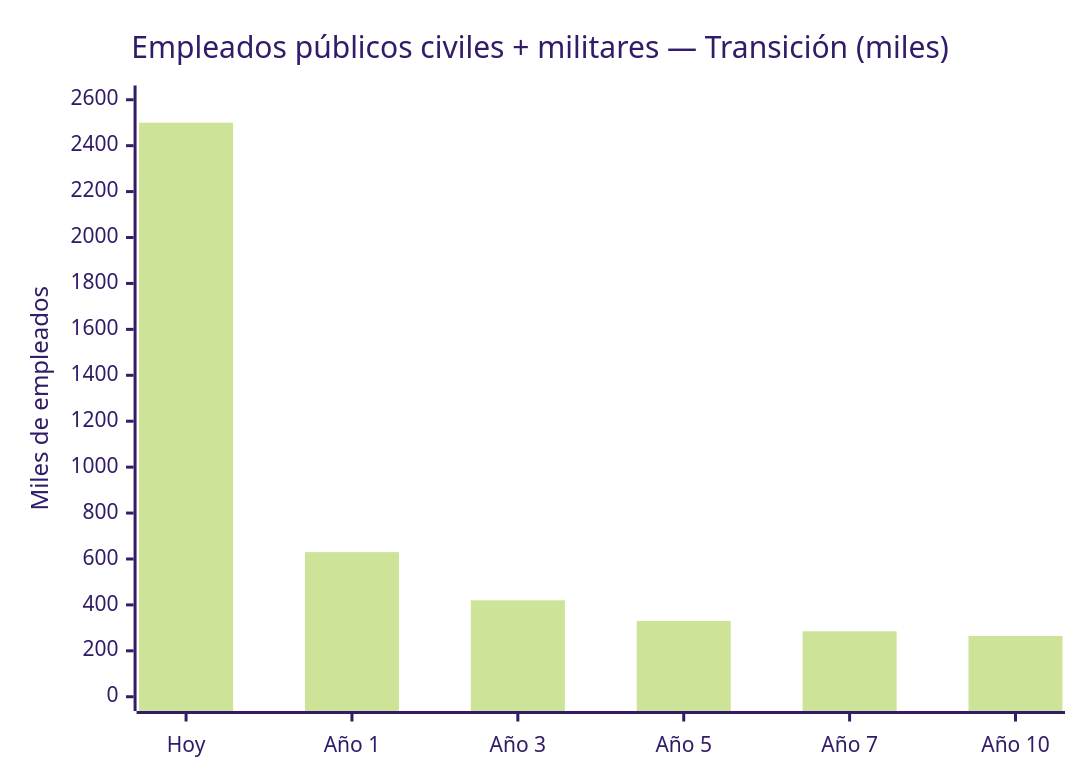
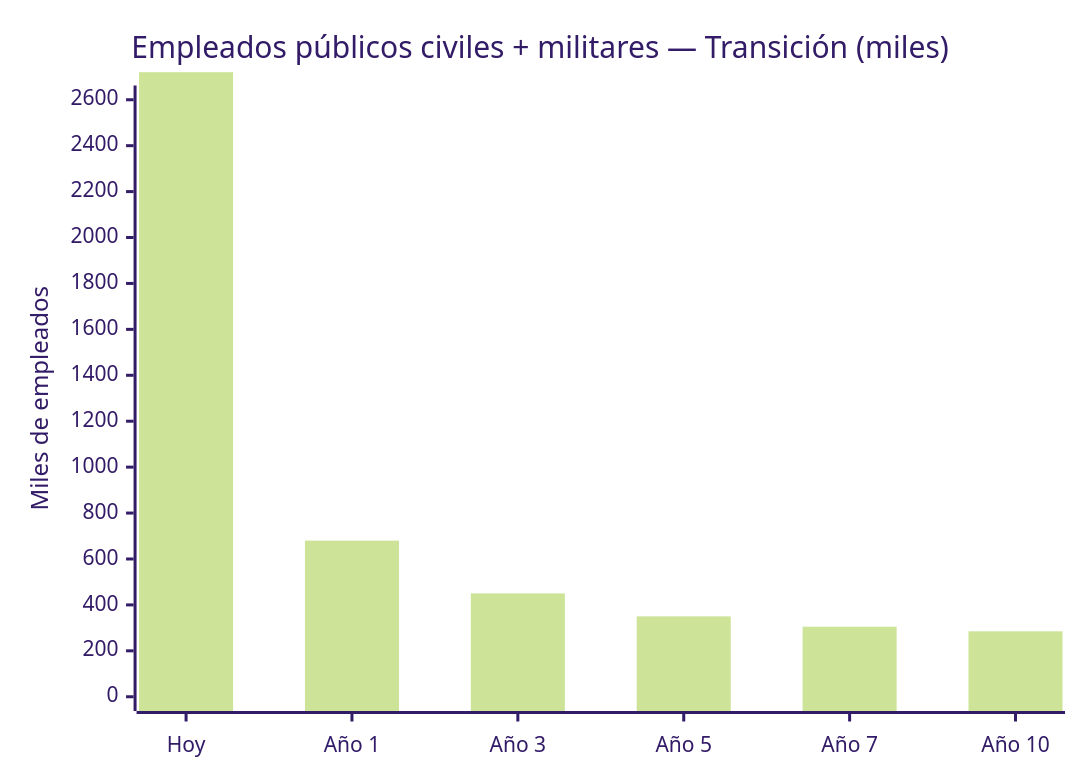
Diagram 11 of 15 in docs/04-gobernanza/modelo-estado.md (Venezuela-S-A/venezuela-sa), drawn with Mermaid (forest theme) before and after one commit. The commit also changed other lines of this file and 1 other file, not shown here.

First line of the commit message:
feat: resolve 5 security/DDR gaps — FANB timeline, budget, prisons, maritime, intel

````diff
--- a/docs/04-gobernanza/modelo-estado.md
+++ b/docs/04-gobernanza/modelo-estado.md
@@ -784,7 +784,7 @@
 ```mermaid
 xychart-beta
     title "Empleados públicos civiles + militares — Transición (miles)"
     x-axis ["Hoy", "Año 1", "Año 3", "Año 5", "Año 7", "Año 10"]
     y-axis "Miles de empleados" 0 --> 2600
-    bar [2500, 630, 420, 330, 285, 265]
+    bar [2720, 680, 450, 350, 305, 285]
 ```
````
